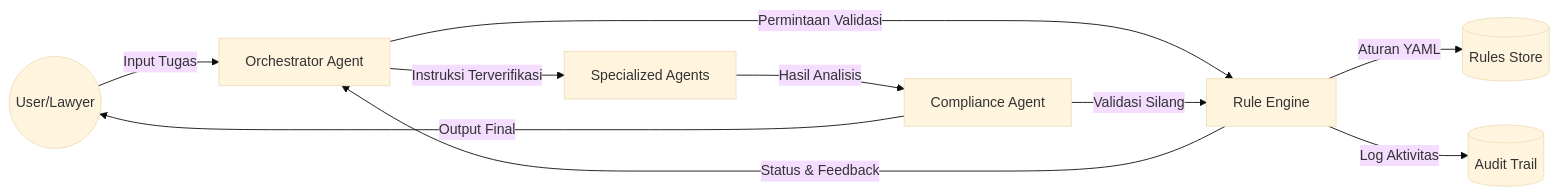
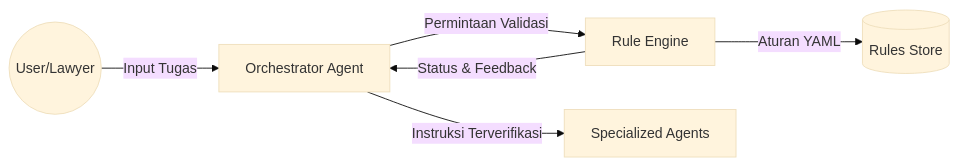
The diagram in rules/Design Document: Rules Documentation Framework.md (syahrul-fauzi/docs-plh), drawn with Mermaid (base theme) before and after one commit. The commit also changed other lines of this file and 1978 other files, not shown here.

````diff
--- a/rules/Design Document: Rules Documentation Framework.md
+++ b/rules/Design Document: Rules Documentation Framework.md
@@ -69,12 +94,8 @@
 ```mermaid
 graph LR
     User((User/Lawyer)) -- Input Tugas --> ORCH[Orchestrator Agent]
     ORCH -- Permintaan Validasi --> RE[Rule Engine]
     RE -- Aturan YAML --> DB[(Rules Store)]
     RE -- Status & Feedback --> ORCH
     ORCH -- Instruksi Terverifikasi --> SA[Specialized Agents]
-    SA -- Hasil Analisis --> CA[Compliance Agent]
-    CA -- Validasi Silang --> RE
-    CA -- Output Final --> User
-    RE -- Log Aktivitas --> AT[(Audit Trail)]
 ```
````
